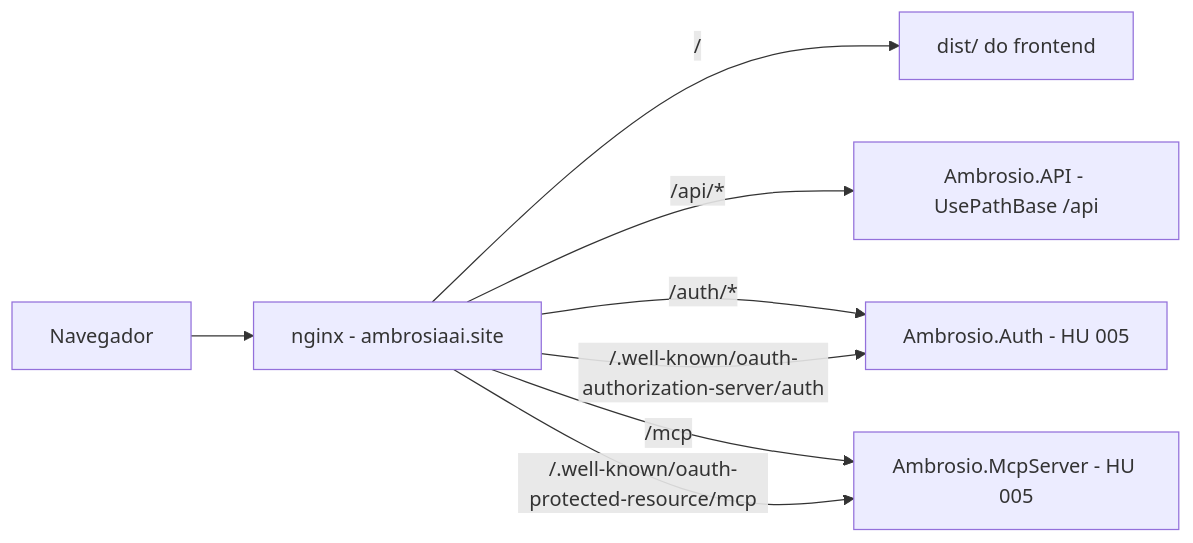
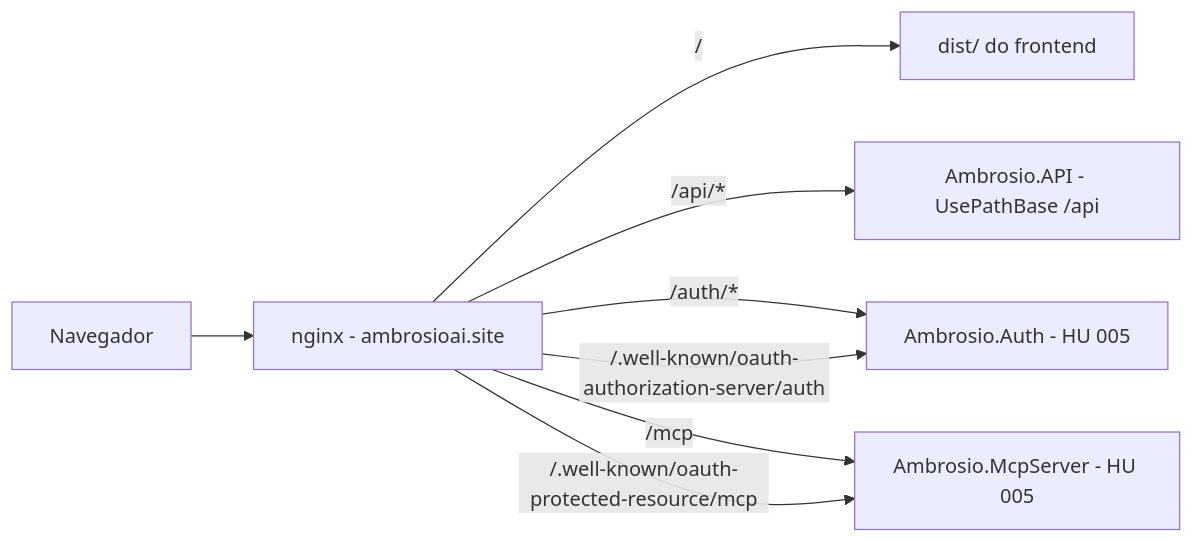
One commit to landim32/ambrosia changed the first of 2 diagrams in docs/historias/002-frontend-web-perfil-cliente-pedidos.md. Above: the diagram before and after it, drawn with Mermaid. The commit also changed other lines of this file and 42 other files, not shown here.

First line of the commit message:
fix: corrige domínio de produção para ambrosioai.site

````diff
--- a/docs/historias/002-frontend-web-perfil-cliente-pedidos.md
+++ b/docs/historias/002-frontend-web-perfil-cliente-pedidos.md
@@ -123,10 +123,10 @@
 ```mermaid
 flowchart LR
-    N[Navegador] --> X[nginx - ambrosiaai.site]
+    N[Navegador] --> X[nginx - ambrosioai.site]
     X -->|/| F[dist/ do frontend]
     X -->|/api/*| A[Ambrosio.API - UsePathBase /api]
     X -->|/auth/*| S[Ambrosio.Auth - HU 005]
     X -->|/mcp| MS[Ambrosio.McpServer - HU 005]
     X -->|/.well-known/oauth-authorization-server/auth| S
     X -->|/.well-known/oauth-protected-resource/mcp| MS
 ```
````
